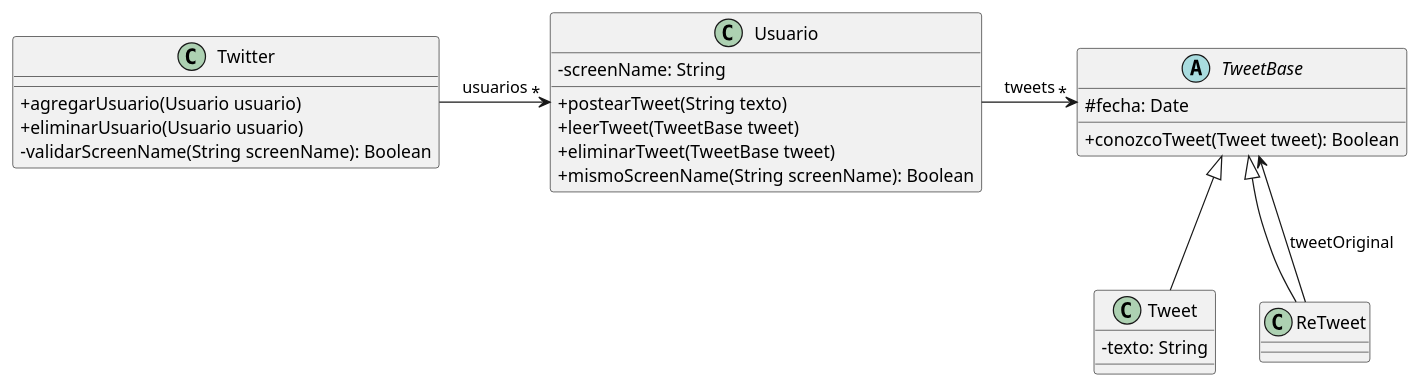
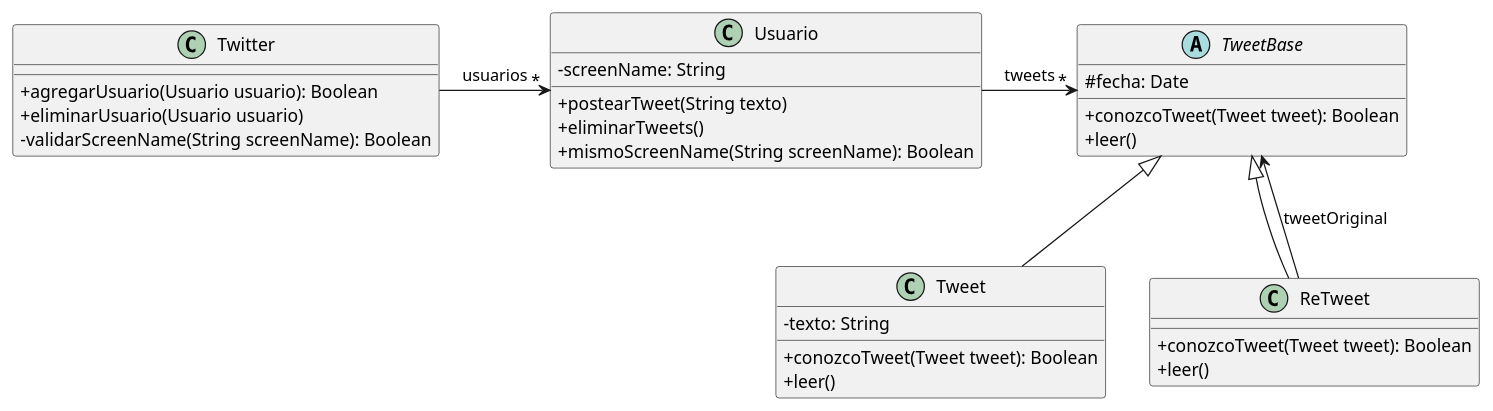
Before and after one commit to MaxiNunez24/OO2: the diagram in Repaso_Ej1/UML.puml, drawn with PlantUML. The commit also changed 24 other files, not shown here.

```diff
--- a/Repaso_Ej1/UML.puml
+++ b/Repaso_Ej1/UML.puml
@@ -2,37 +2,42 @@
 @startuml
 skinparam classAttributeIconSize 0
 
 class Twitter{
-    + agregarUsuario(Usuario usuario)
+    + agregarUsuario(Usuario usuario): Boolean
     + eliminarUsuario(Usuario usuario)
     - validarScreenName(String screenName): Boolean
 }
 
 class Usuario{
     - screenName: String
     + postearTweet(String texto)
-    + leerTweet(TweetBase tweet)
-    + eliminarTweet(TweetBase tweet)
+    + eliminarTweets()
     + mismoScreenName(String screenName): Boolean
 }
 
 abstract class TweetBase {
     # fecha: Date
     + conozcoTweet(Tweet tweet): Boolean
+    + leer()
 }
 
 class Tweet{
     - texto: String
+    + conozcoTweet(Tweet tweet): Boolean
+    + leer()
 }
 
-class ReTweet
+class ReTweet {
+    + conozcoTweet(Tweet tweet): Boolean
+    + leer()
+}
 
 
 Twitter -> "*" Usuario : usuarios
 Usuario -> "*" TweetBase : tweets
 ReTweet --> TweetBase : tweetOriginal
 TweetBase <|-- ReTweet
 TweetBase <|-- Tweet
 
 
 @enduml
```
